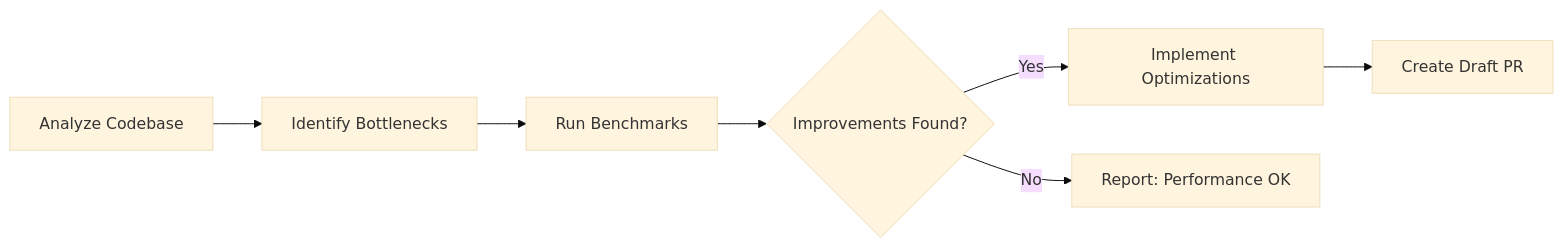
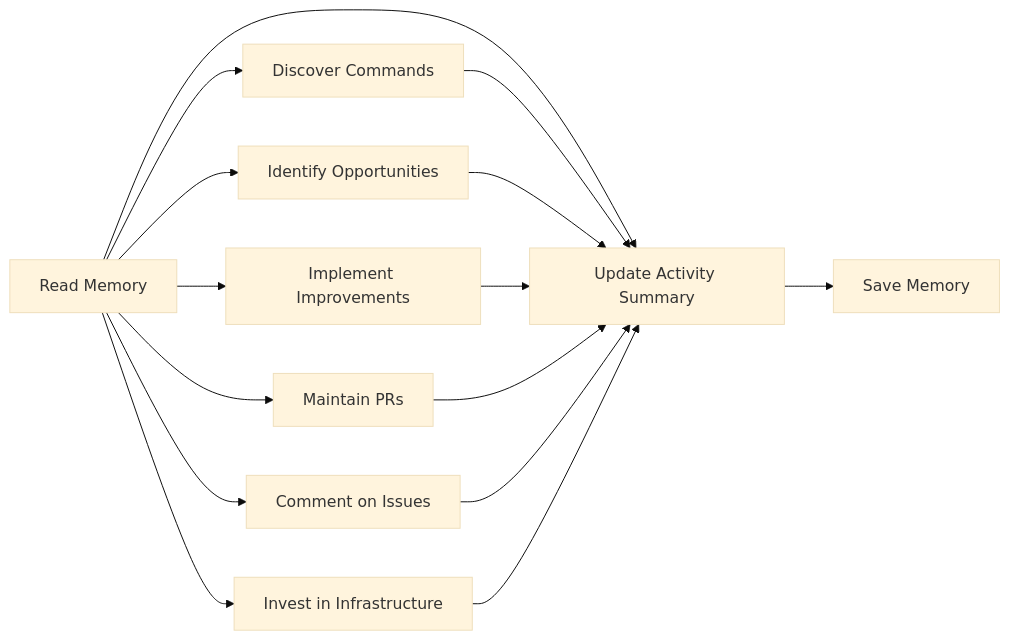
Before and after one commit to githubnext/agentics: the diagram in docs/daily-perf-improver.md, drawn with Mermaid (base theme). The commit also changed other lines of this file and 19 other files, not shown here.

````diff
--- a/docs/daily-perf-improver.md
+++ b/docs/daily-perf-improver.md
@@ -23,9 +21,17 @@
 ```mermaid
 graph LR
-    A[Analyze Codebase] --> B[Identify Bottlenecks]
-    B --> C[Run Benchmarks]
-    C --> D{Improvements Found?}
-    D -->|Yes| E[Implement Optimizations]
-    E --> F[Create Draft PR]
-    D -->|No| G[Report: Performance OK]
+    A[Read Memory] --> B[Discover Commands]
+    A --> C[Identify Opportunities]
+    A --> D[Implement Improvements]
+    A --> E[Maintain PRs]
+    A --> F[Comment on Issues]
+    A --> G[Invest in Infrastructure]
+    A --> H[Update Activity Summary]
+    B --> H
+    C --> H
+    D --> H
+    E --> H
+    F --> H
+    G --> H
+    H --> I[Save Memory]
 ```
````
